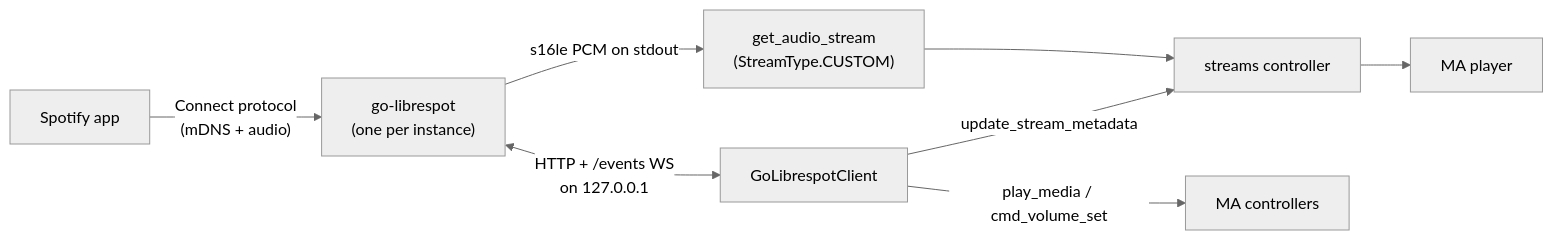
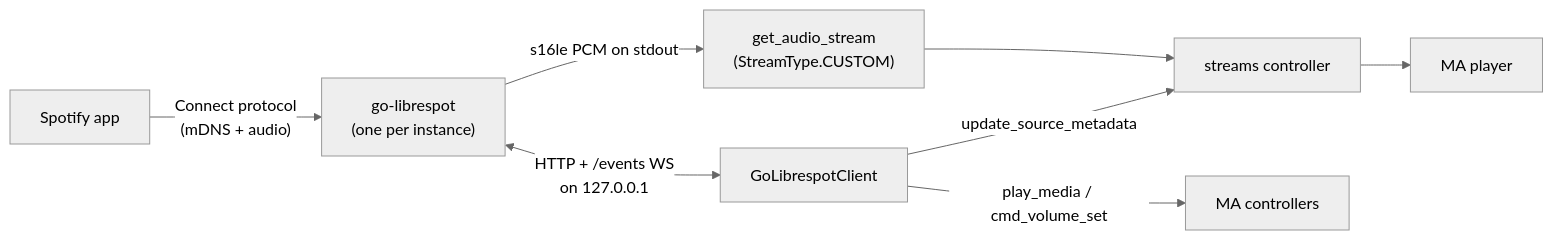
Before and after one commit to theturtle32/music-assistant-server: the second of 2 diagrams in docs/architecture/11-plugin-system.md, drawn with Mermaid (neutral theme). The commit also changed other lines of this file and 1 other file, not shown here.

First line of the commit message:
docs(architecture): refresh plugin system and AI/MCP

````diff
--- a/docs/architecture/11-plugin-system.md
+++ b/docs/architecture/11-plugin-system.md
@@ -359,10 +380,10 @@
 ```mermaid
 graph LR
     SpotifyApp["Spotify app"] -->|"Connect protocol<br/>(mDNS + audio)"| Daemon["go-librespot<br/>(one per instance)"]
     Daemon -->|"s16le PCM on stdout"| Stream["get_audio_stream<br/>(StreamType.CUSTOM)"]
     Daemon <-->|"HTTP + /events WS<br/>on 127.0.0.1"| Client["GoLibrespotClient"]
     Stream --> Core["streams controller"]
     Core --> Player["MA player"]
-    Client -->|"update_stream_metadata"| Core
+    Client -->|"update_source_metadata"| Core
     Client -->|"play_media / cmd_volume_set"| MA["MA controllers"]
 ```
````
